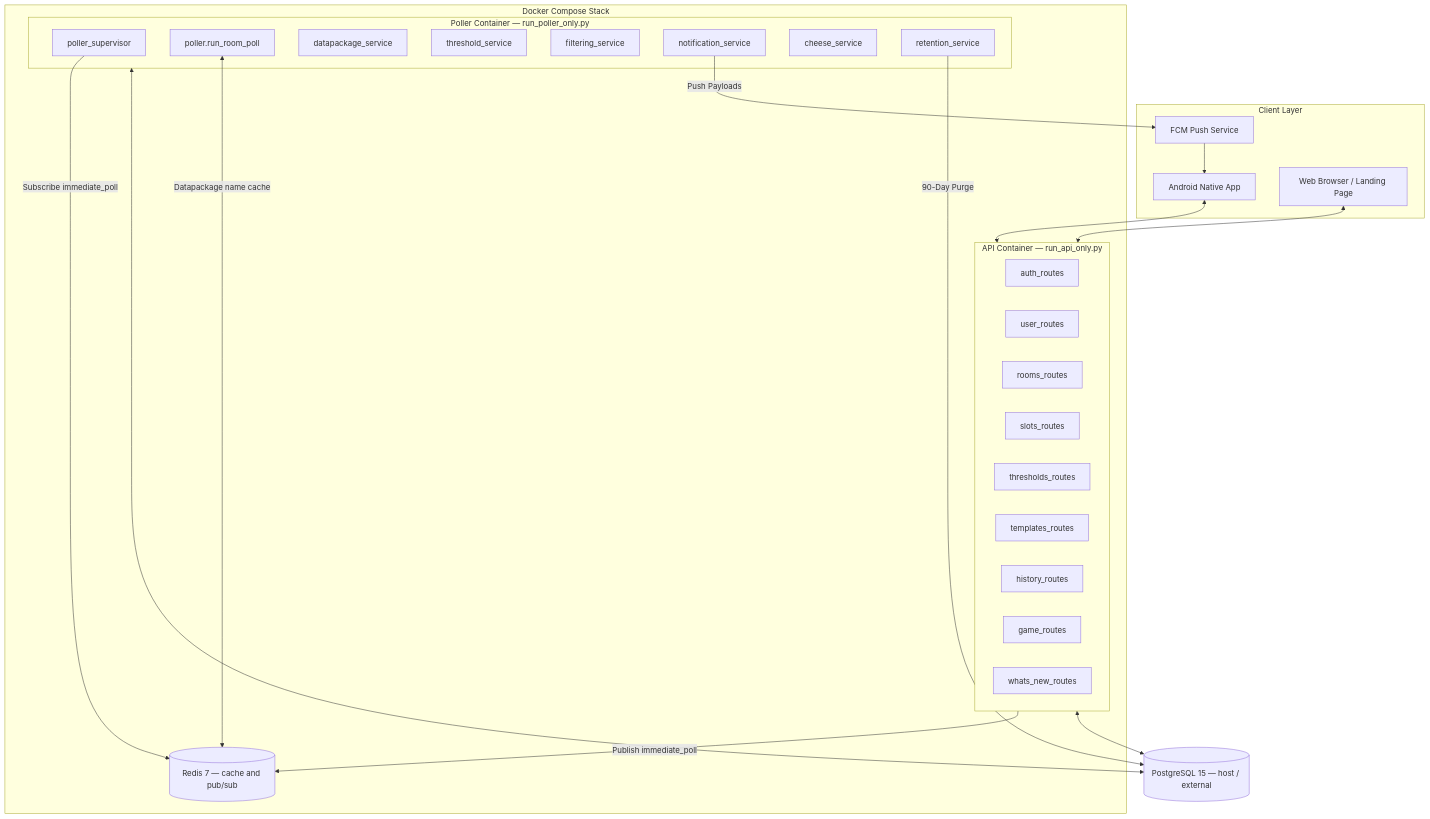
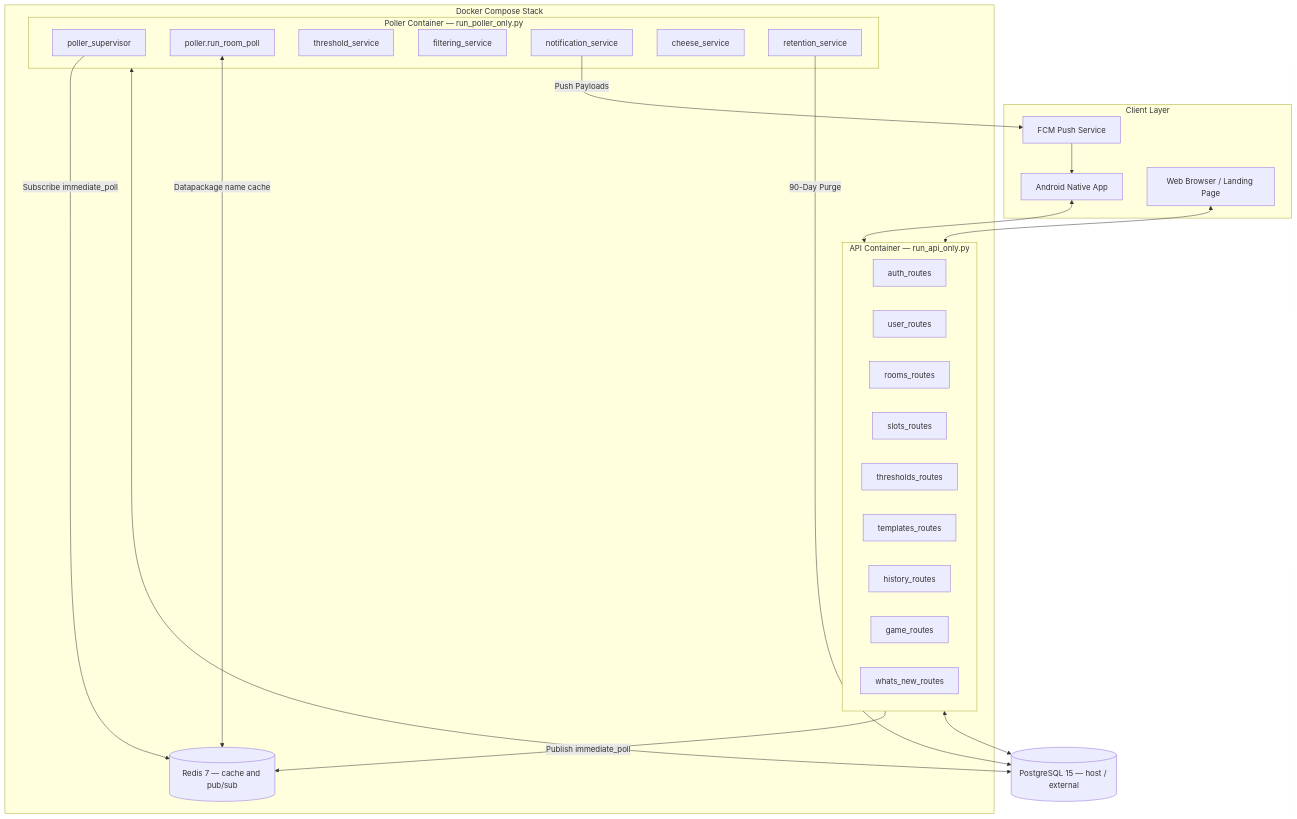
Before and after one commit to wrjones104/ap-tracker: the diagram in architecture.md, drawn with Mermaid. The commit also changed other lines of this file and 6 other files, not shown here.

````diff
--- a/architecture.md
+++ b/architecture.md
@@ -7,51 +7,50 @@
 ```mermaid
 flowchart TD
     subgraph clients["Client Layer"]
         MobileApp[Android Native App]
         WebUI[Web Browser / Landing Page]
         FCM[FCM Push Service]
     end
 
     subgraph stack["Docker Compose Stack"]
         subgraph api["API Container — run_api_only.py"]
             AuthBP[auth_routes]
             UserBP[user_routes]
             RoomBP[rooms_routes]
             SlotBP[slots_routes]
             ThreshBP[thresholds_routes]
             TmplBP[templates_routes]
             HistBP[history_routes]
             GameBP[game_routes]
             NewsBP[whats_new_routes]
         end
 
         subgraph poller["Poller Container — run_poller_only.py"]
             PollerSupervisor[poller_supervisor]
             PollerWorker[poller.run_room_poll]
-            DatapackageSvc[datapackage_service]
             ThresholdSvc[threshold_service]
             FilterSvc[filtering_service]
             NotificationSvc[notification_service]
             CheeseSvc[cheese_service]
             RetentionSvc[retention_service]
         end
 
         Redis[("Redis 7 — cache and pub/sub")]
     end
 
     Postgres[("PostgreSQL 15 — host / external")]
 
     MobileApp <--> api
     WebUI <--> api
 
     api -->|Publish immediate_poll| Redis
     PollerSupervisor -->|Subscribe immediate_poll| Redis
     PollerWorker <-->|Datapackage name cache| Redis
 
     api <--> Postgres
     poller <--> Postgres
     RetentionSvc -->|90-Day Purge| Postgres
 
     NotificationSvc -->|Push Payloads| FCM
     FCM --> MobileApp
 ```
````
